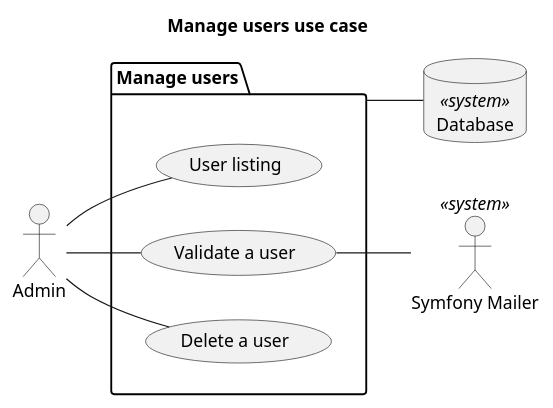
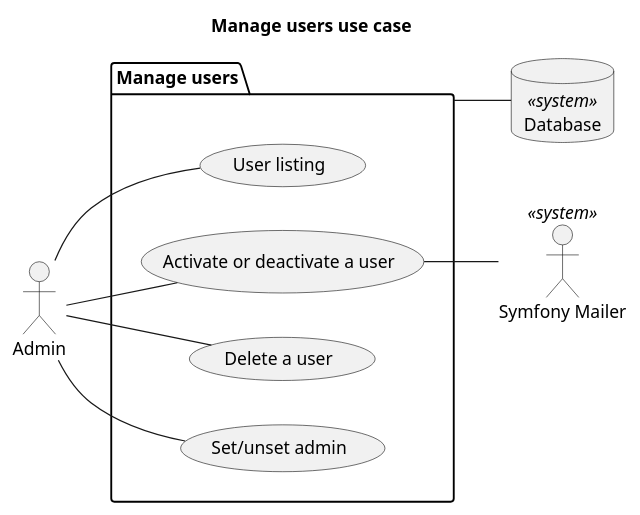
Before and after one commit to acecconato/AnthonyCecconato_5_18102021: the diagram in docs/puml/usecase/manage_users.puml, drawn with PlantUML. The commit also changed 46 other files, not shown here.

```diff
--- a/docs/puml/usecase/manage_users.puml
+++ b/docs/puml/usecase/manage_users.puml
@@ -1,29 +1,31 @@
 @startuml
 left to right direction
 
 title Manage users use case
 
 ' Actors
 actor Admin
 
 '  <<system>>
 Database Database <<system>>
 actor "Symfony Mailer" as SymfonyMailer <<system>>
 
 ' Package definition
 package "Manage users" as ManageUsersPackage {
     usecase "User listing" as UserListing
-    usecase "Validate a user" as ValidateUser
+    usecase "Activate or deactivate a user" as toggleUser
     usecase "Delete a user" as DeleteUser
+    usecase "Set/unset admin" as toggleAdmin
 }
 
 ' Relations
 Admin -- UserListing
-Admin -- ValidateUser
+Admin -- toggleUser
 Admin -- DeleteUser
+Admin -- toggleAdmin
 
 ManageUsersPackage -- Database
 
-ValidateUser -- SymfonyMailer
+toggleUser -- SymfonyMailer
 
 @enduml
```
